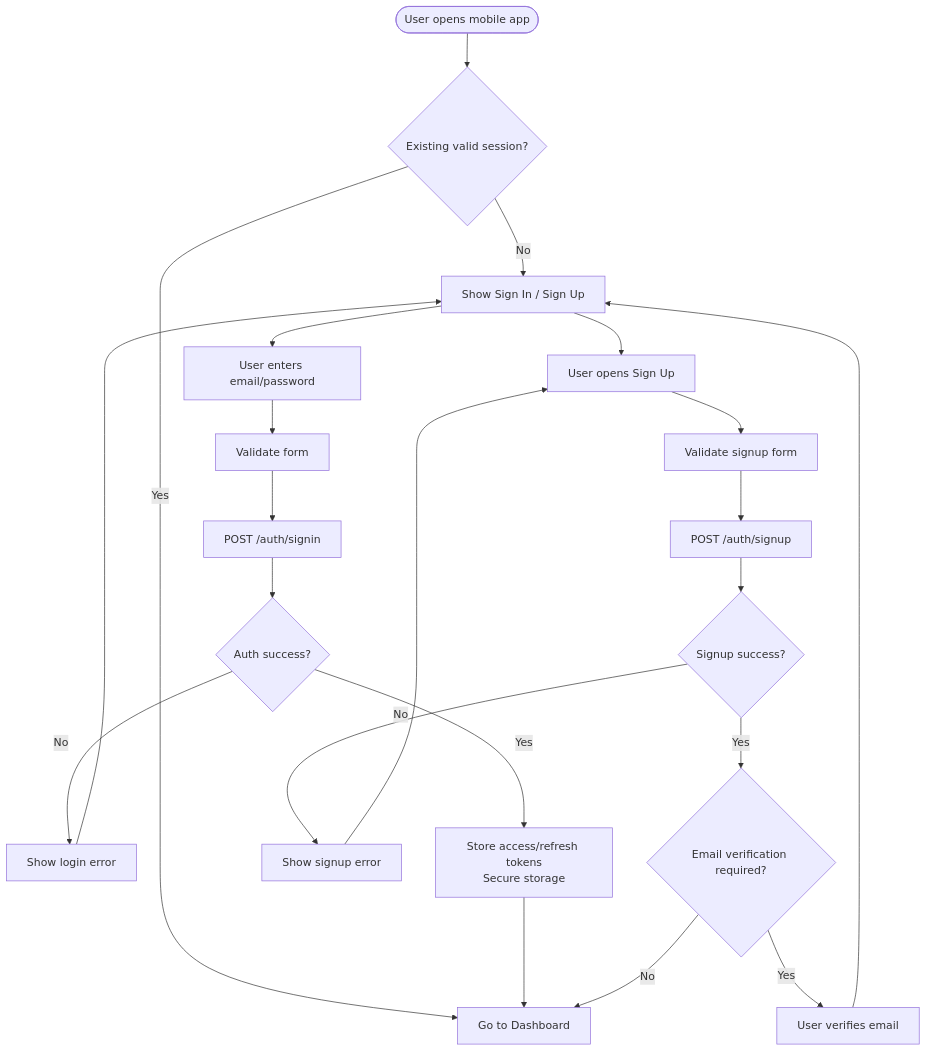
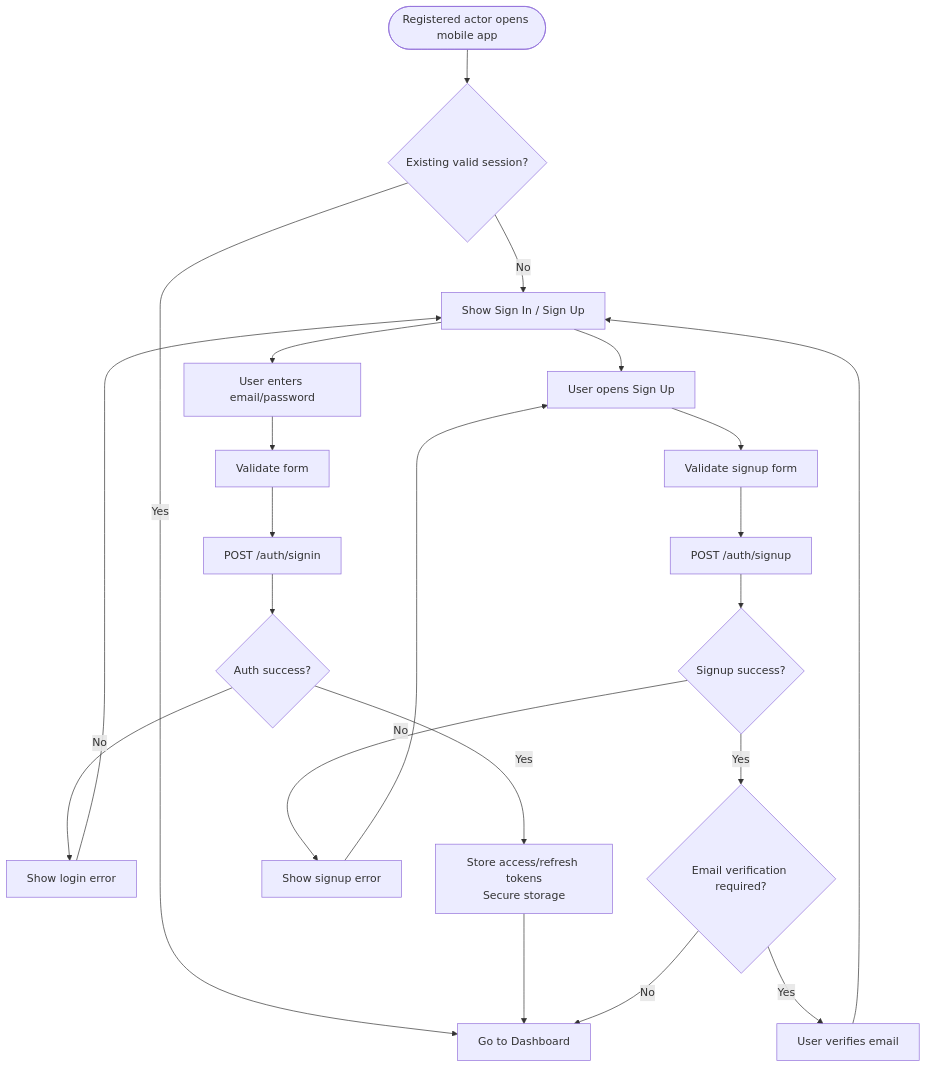
The third of 18 diagrams in docs/LEXCHAIN-WORKFLOW-FLOWCHARTS.md (agustinelumandong/LexChain), drawn with Mermaid before and after one commit. The commit also changed other lines of this file and 6 other files, not shown here.

````diff
--- a/docs/LEXCHAIN-WORKFLOW-FLOWCHARTS.md
+++ b/docs/LEXCHAIN-WORKFLOW-FLOWCHARTS.md
@@ -64,26 +66,26 @@
 ```mermaid
 flowchart TD
-  Start([User opens mobile app]) --> HasSession{Existing valid session?}
+  Start([Registered actor opens mobile app]) --> HasSession{Existing valid session?}
   HasSession -- Yes --> Dashboard[Go to Dashboard]
   HasSession -- No --> AuthScreen["Show Sign In / Sign Up"]
 
   AuthScreen --> SignIn["User enters email/password"]
   SignIn --> Validate[Validate form]
   Validate --> CallSignin[POST /auth/signin]
   CallSignin --> AuthOk{Auth success?}
   AuthOk -- No --> ShowError[Show login error]
   ShowError --> AuthScreen
   AuthOk -- Yes --> StoreTokens[Store access/refresh tokens<br/>Secure storage]
   StoreTokens --> Dashboard
 
   AuthScreen --> SignUp[User opens Sign Up]
   SignUp --> ValidateSignup[Validate signup form]
   ValidateSignup --> CallSignup[POST /auth/signup]
   CallSignup --> SignupOk{Signup success?}
   SignupOk -- No --> SignupError[Show signup error]
   SignupError --> SignUp
   SignupOk -- Yes --> EmailVerification{Email verification required?}
   EmailVerification -- Yes --> WaitVerify[User verifies email]
   EmailVerification -- No --> Dashboard
   WaitVerify --> AuthScreen
 ```
````
